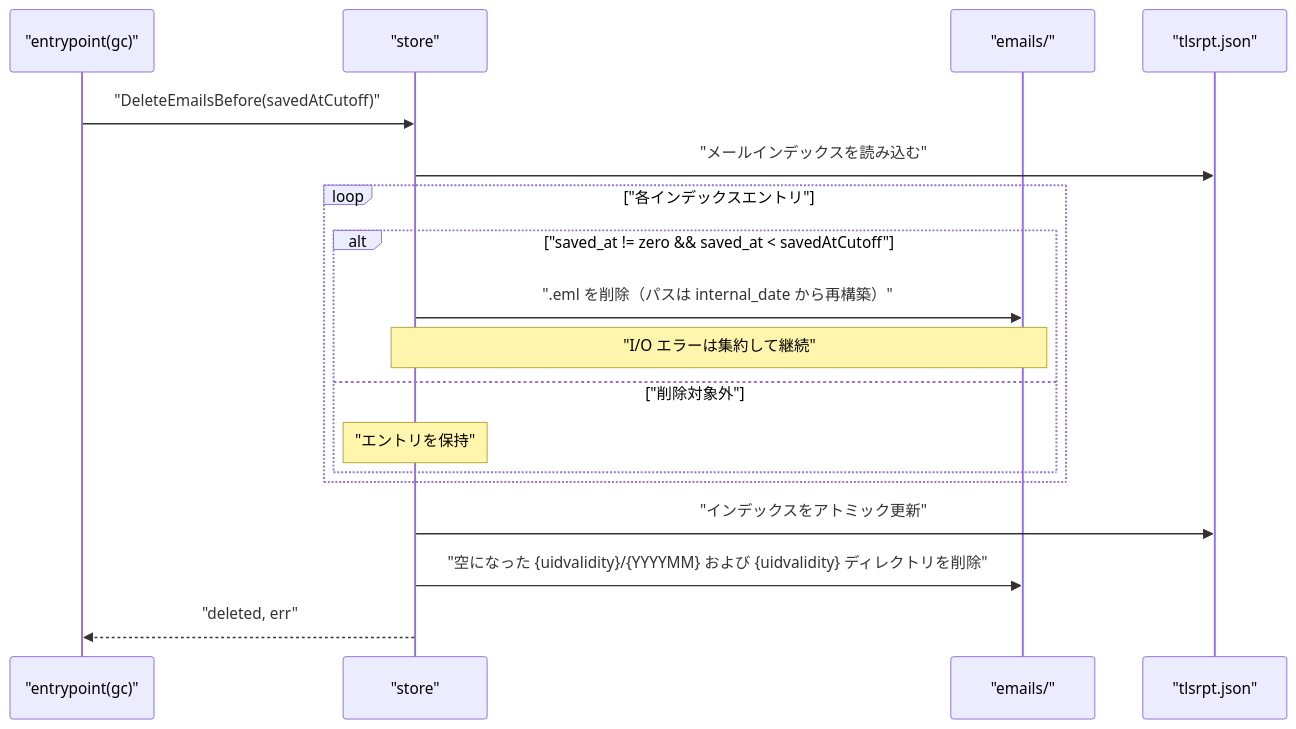
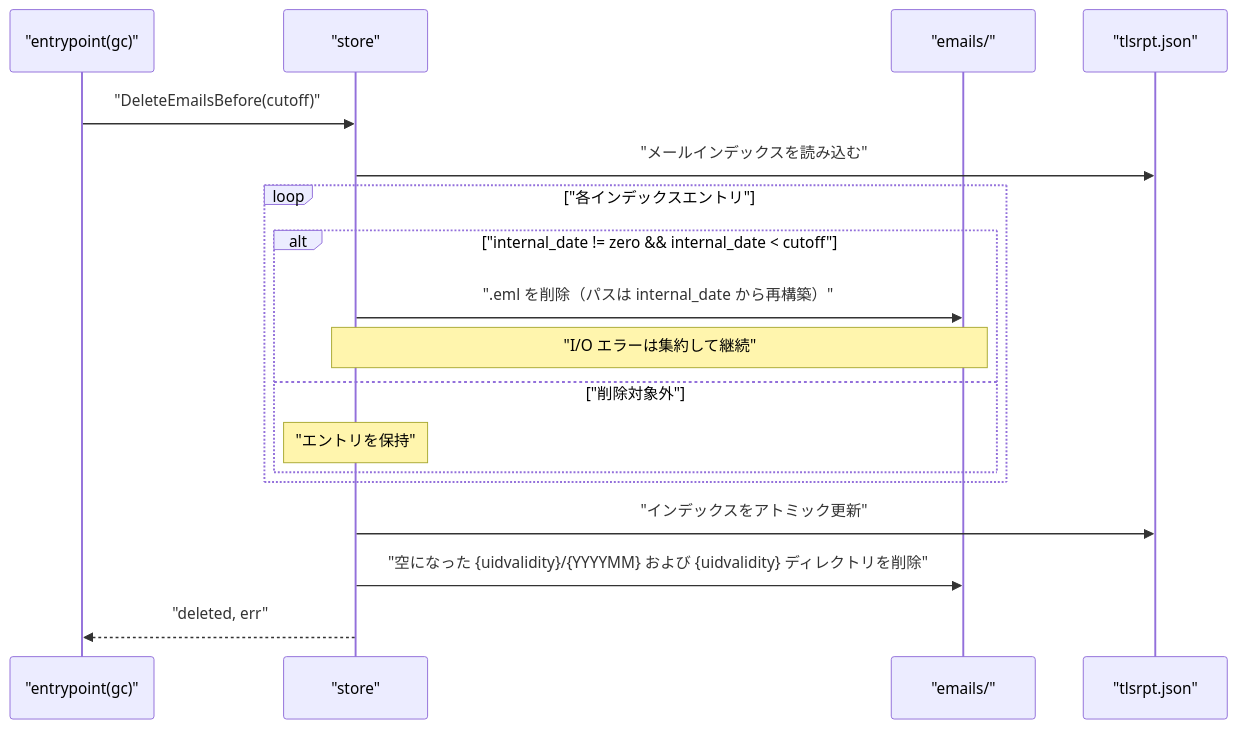
Before and after one commit to isseis/tlsrpt-digest: the eighth of 9 diagrams in docs/tasks/0041_store_gc_simplify/02_architecture.md, drawn with Mermaid. The commit also changed other lines of this file and 2 other files, not shown here.

First line of the commit message:
docs(0041): change GC criterion from SavedAt to INTERNALDATE

````diff
--- a/docs/tasks/0041_store_gc_simplify/02_architecture.md
+++ b/docs/tasks/0041_store_gc_simplify/02_architecture.md
@@ -189,21 +189,21 @@
 ```mermaid
 sequenceDiagram
     participant EP as "entrypoint(gc)"
     participant ST as "store"
     participant EF as "emails/"
     participant DF as "tlsrpt.json"
 
-    EP->>ST: "DeleteEmailsBefore(savedAtCutoff)"
+    EP->>ST: "DeleteEmailsBefore(cutoff)"
     ST->>DF: "メールインデックスを読み込む"
     loop "各インデックスエントリ"
-        alt "saved_at != zero && saved_at < savedAtCutoff"
+        alt "internal_date != zero && internal_date < cutoff"
             ST->>EF: ".eml を削除（パスは internal_date から再構築）"
             Note over ST,EF: "I/O エラーは集約して継続"
         else "削除対象外"
             Note over ST: "エントリを保持"
         end
     end
     ST->>DF: "インデックスをアトミック更新"
     ST->>EF: "空になった {uidvalidity}/{YYYYMM} および {uidvalidity} ディレクトリを削除"
     ST-->>EP: "deleted, err"
 ```
````
